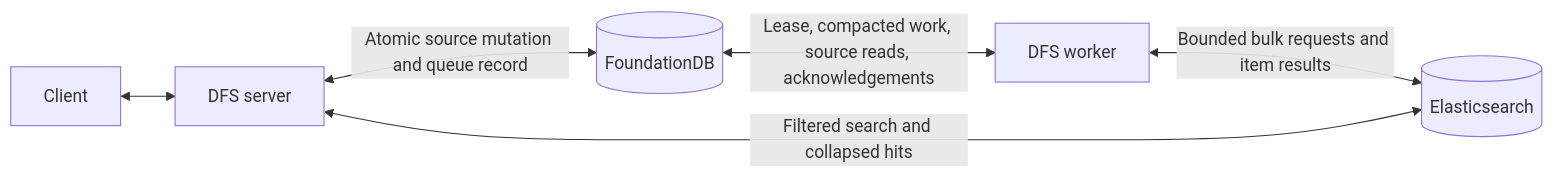
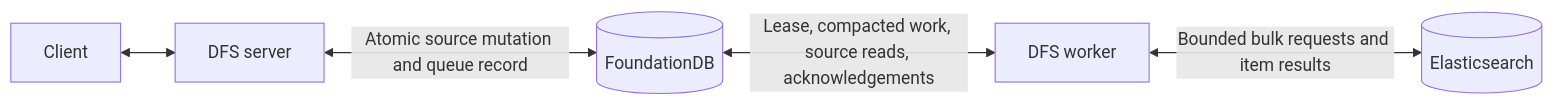
One commit to dust-tt/dust changed the diagram in dfs/design-docs/SEARCH.md. Above: the diagram before and after it, drawn with Mermaid. The commit also changed other lines of this file and 1 other file, not shown here.

````diff
--- a/dfs/design-docs/SEARCH.md
+++ b/dfs/design-docs/SEARCH.md
@@ -33,8 +35,7 @@
 ```mermaid
 flowchart LR
     C[Client] <--> S[DFS server]
     S <-->|Atomic source mutation and queue record| F[(FoundationDB)]
     F <-->|Lease, compacted work, source reads, acknowledgements| W[DFS worker]
     W <-->|Bounded bulk requests and item results| E[(Elasticsearch)]
-    S <-->|Filtered search and collapsed hits| E
 ```
````
